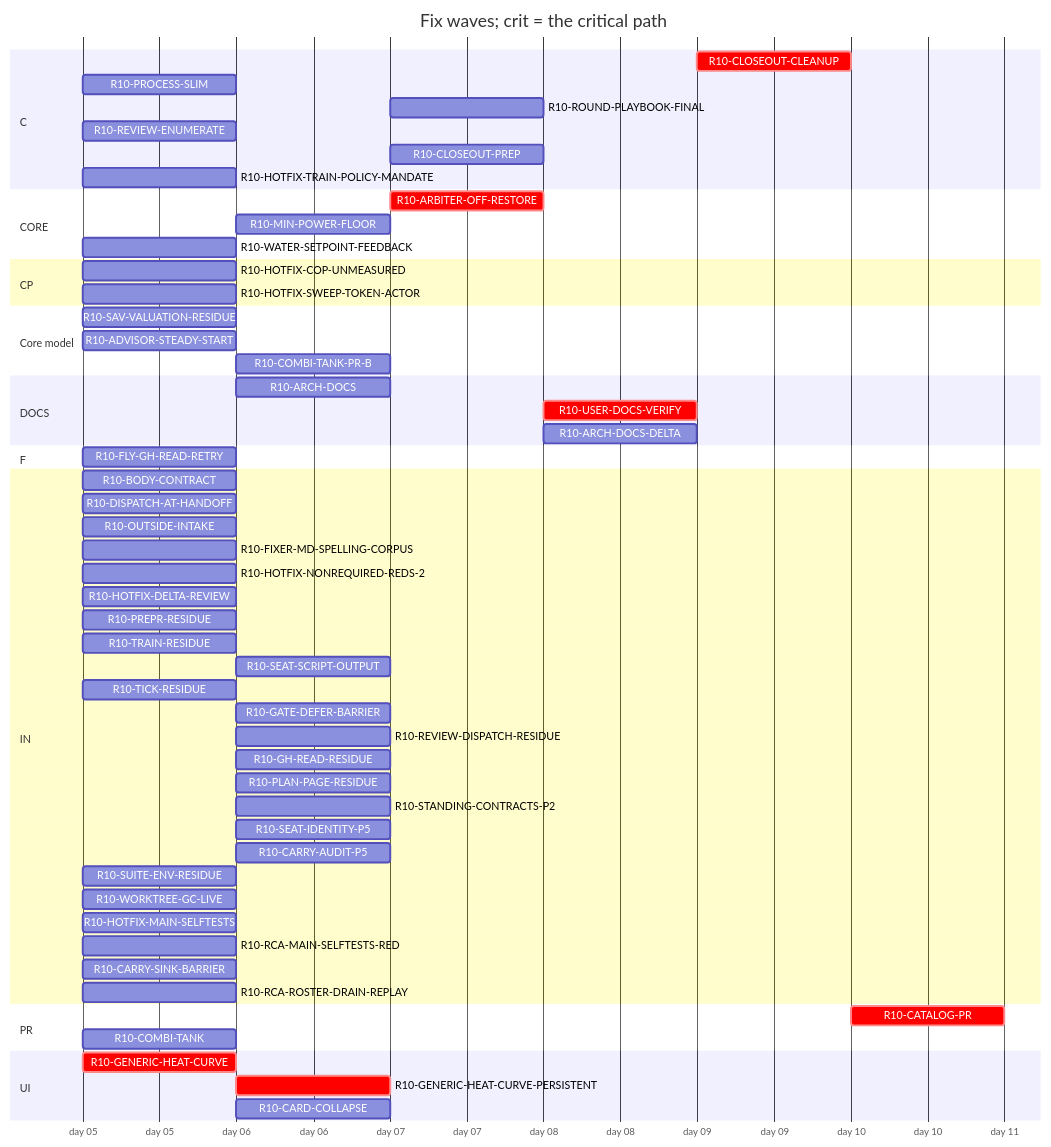
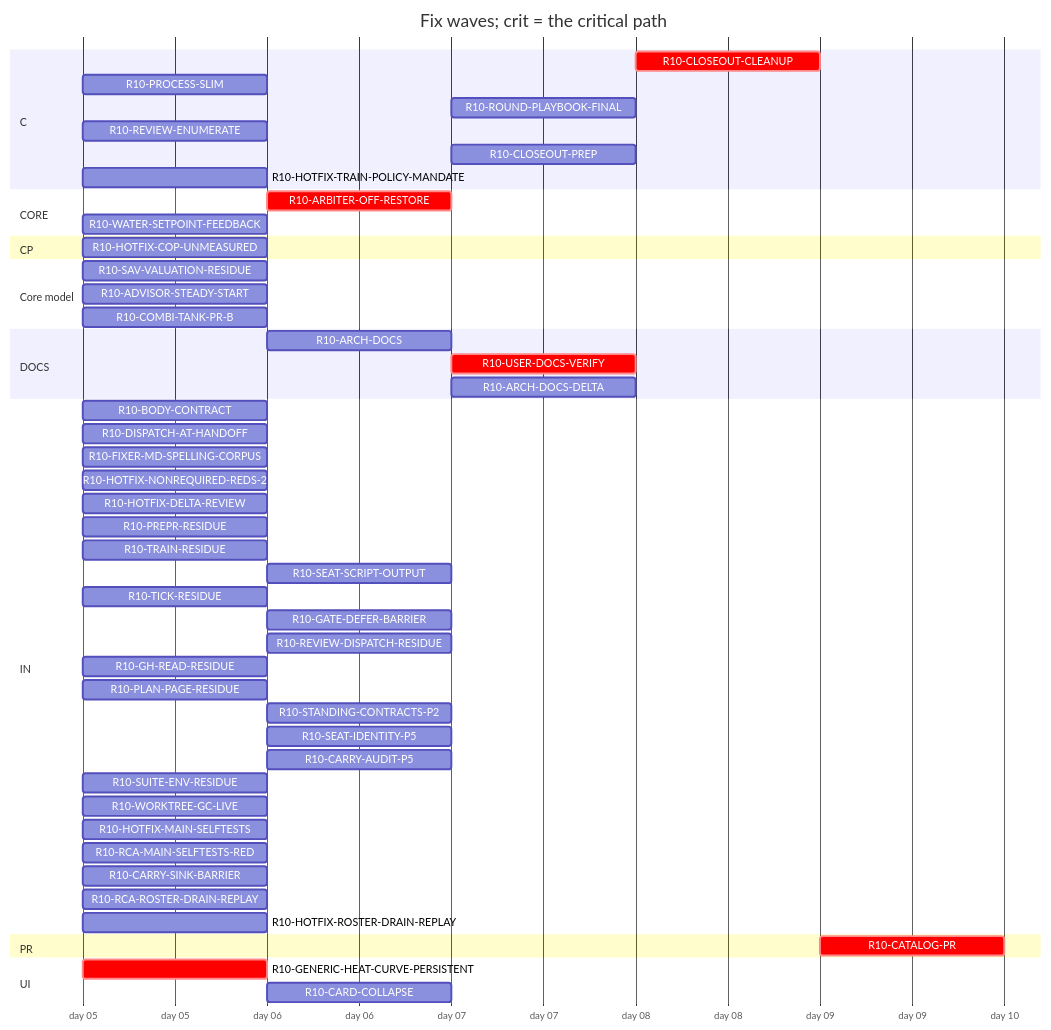
Before and after one commit to tvofi/heatpump_optimizer: the diagram in handoff/round10/state/PLAN-TABLE.md, drawn with Mermaid. The commit also changed other lines of this file and 4 other files, not shown here.

Commit message:
state: FLOW-BOARD.md, NEXT-SESSION-PROMPT.md, PLAN-TABLE.md, PLAN.html, RESUME-CURRENT.md regenerated (state_docs.py)

````diff
--- a/handoff/round10/state/PLAN-TABLE.md
+++ b/handoff/round10/state/PLAN-TABLE.md
@@ -22,61 +21,55 @@
 ```mermaid
 gantt
   title Fix waves; crit = the critical path
   dateFormat YYYY-MM-DD
   axisFormat day %d
   section C
     R10-CLOSEOUT-CLEANUP :crit, r10CLOSEOUTCLEANUP, after r10ARCHDOCS r10USERDOCSVERIFY r10ROUNDPLAYBOOKFINAL r10CLOSEOUTPREP r10ARCHDOCSDELTA, 1d
     R10-PROCESS-SLIM :r10PROCESSSLIM, 2026-01-05, 1d
-    R10-ROUND-PLAYBOOK-FINAL :r10ROUNDPLAYBOOKFINAL, after r10DISPATCHATHANDOFF r10BODYCONTRACT r10FLYGHREADRETRY r10PROCESSSLIM r10OUTSIDEINTAKE r10FIXERMDSPELLINGCORPUS r10PREPRRESIDUE r10SEATSCRIPTOUTPUT r10REVIEWDISPATCHRESIDUE r10CARRYAUDITP5 r10TICKRESIDUE r10SEATIDENTITYP5 r10STANDINGCONTRACTSP2 r10PLANPAGERESIDUE r10TRAINRESIDUE r10GHREADRESIDUE r10SUITEENVRESIDUE r10GATEDEFERBARRIER r10WORKTREEGCLIVE, 1d
+    R10-ROUND-PLAYBOOK-FINAL :r10ROUNDPLAYBOOKFINAL, after r10DISPATCHATHANDOFF r10BODYCONTRACT r10PROCESSSLIM r10FIXERMDSPELLINGCORPUS r10PREPRRESIDUE r10SEATSCRIPTOUTPUT r10REVIEWDISPATCHRESIDUE r10CARRYAUDITP5 r10TICKRESIDUE r10SEATIDENTITYP5 r10STANDINGCONTRACTSP2 r10PLANPAGERESIDUE r10TRAINRESIDUE r10GHREADRESIDUE r10SUITEENVRESIDUE r10GATEDEFERBARRIER r10WORKTREEGCLIVE, 1d
     R10-REVIEW-ENUMERATE :r10REVIEWENUMERATE, 2026-01-05, 1d
-    R10-CLOSEOUT-PREP :r10CLOSEOUTPREP, after r10ARCHDOCS r10DISPATCHATHANDOFF r10BODYCONTRACT r10FLYGHREADRETRY r10PROCESSSLIM r10OUTSIDEINTAKE r10FIXERMDSPELLINGCORPUS r10PREPRRESIDUE r10SEATSCRIPTOUTPUT r10REVIEWDISPATCHRESIDUE r10CARRYAUDITP5 r10TICKRESIDUE r10SEATIDENTITYP5 r10STANDINGCONTRACTSP2 r10PLANPAGERESIDUE r10TRAINRESIDUE r10GHREADRESIDUE r10SUITEENVRESIDUE r10GATEDEFERBARRIER r10WORKTREEGCLIVE, 1d
+    R10-CLOSEOUT-PREP :r10CLOSEOUTPREP, after r10ARCHDOCS r10DISPATCHATHANDOFF r10BODYCONTRACT r10PROCESSSLIM r10FIXERMDSPELLINGCORPUS r10PREPRRESIDUE r10SEATSCRIPTOUTPUT r10REVIEWDISPATCHRESIDUE r10CARRYAUDITP5 r10TICKRESIDUE r10SEATIDENTITYP5 r10STANDINGCONTRACTSP2 r10PLANPAGERESIDUE r10TRAINRESIDUE r10GHREADRESIDUE r10SUITEENVRESIDUE r10GATEDEFERBARRIER r10WORKTREEGCLIVE, 1d
     R10-HOTFIX-TRAIN-POLICY-MANDATE :r10HOTFIXTRAINPOLICYMANDATE, 2026-01-05, 1d
   section CORE
-    R10-ARBITER-OFF-RESTORE :crit, r10ARBITEROFFRESTORE, after r10GENERICHEATCURVE r10GENERICHEATCURVEPERSISTENT r10WATERSETPOINTFEEDBACK, 1d
-    R10-MIN-POWER-FLOOR :r10MINPOWERFLOOR, after r10HOTFIXCOPUNMEASURED r10GENERICHEATCURVE, 1d
+    R10-ARBITER-OFF-RESTORE :crit, r10ARBITEROFFRESTORE, after r10GENERICHEATCURVEPERSISTENT r10WATERSETPOINTFEEDBACK, 1d
     R10-WATER-SETPOINT-FEEDBACK :r10WATERSETPOINTFEEDBACK, 2026-01-05, 1d
   section CP
     R10-HOTFIX-COP-UNMEASURED :r10HOTFIXCOPUNMEASURED, 2026-01-05, 1d
-    R10-HOTFIX-SWEEP-TOKEN-ACTOR :r10HOTFIXSWEEPTOKENACTOR, 2026-01-05, 1d
   section Core model
     R10-SAV-VALUATION-RESIDUE :r10SAVVALUATIONRESIDUE, 2026-01-05, 1d
     R10-ADVISOR-STEADY-START :r10ADVISORSTEADYSTART, 2026-01-05, 1d
-    R10-COMBI-TANK-PR-B :r10COMBITANKPRB, after r10COMBITANK, 1d
+    R10-COMBI-TANK-PR-B :r10COMBITANKPRB, 2026-01-05, 1d
   section DOCS
-    R10-ARCH-DOCS :r10ARCHDOCS, after r10DISPATCHATHANDOFF r10BODYCONTRACT r10FLYGHREADRETRY r10PROCESSSLIM r10OUTSIDEINTAKE, 1d
-    R10-USER-DOCS-VERIFY :crit, r10USERDOCSVERIFY, after r10HOTFIXCOPUNMEASURED r10GENERICHEATCURVE r10GENERICHEATCURVEPERSISTENT r10ARBITEROFFRESTORE r10COMBITANK r10MINPOWERFLOOR, 1d
-    R10-ARCH-DOCS-DELTA :r10ARCHDOCSDELTA, after r10ARCHDOCS r10HOTFIXCOPUNMEASURED r10GENERICHEATCURVE r10GENERICHEATCURVEPERSISTENT r10ARBITEROFFRESTORE r10COMBITANK r10MINPOWERFLOOR r10SAVVALUATIONRESIDUE r10ADVISORSTEADYSTART r10COMBITANKPRB, 1d
-  section F
-    R10-FLY-GH-READ-RETRY :r10FLYGHREADRETRY, 2026-01-05, 1d
+    R10-ARCH-DOCS :r10ARCHDOCS, after r10DISPATCHATHANDOFF r10BODYCONTRACT r10PROCESSSLIM, 1d
+    R10-USER-DOCS-VERIFY :crit, r10USERDOCSVERIFY, after r10HOTFIXCOPUNMEASURED r10GENERICHEATCURVEPERSISTENT r10ARBITEROFFRESTORE, 1d
+    R10-ARCH-DOCS-DELTA :r10ARCHDOCSDELTA, after r10ARCHDOCS r10HOTFIXCOPUNMEASURED r10GENERICHEATCURVEPERSISTENT r10ARBITEROFFRESTORE r10SAVVALUATIONRESIDUE r10ADVISORSTEADYSTART r10COMBITANKPRB, 1d
   section IN
     R10-BODY-CONTRACT :r10BODYCONTRACT, 2026-01-05, 1d
     R10-DISPATCH-AT-HANDOFF :r10DISPATCHATHANDOFF, 2026-01-05, 1d
-    R10-OUTSIDE-INTAKE :r10OUTSIDEINTAKE, 2026-01-05, 1d
     R10-FIXER-MD-SPELLING-CORPUS :r10FIXERMDSPELLINGCORPUS, 2026-01-05, 1d
     R10-HOTFIX-NONREQUIRED-REDS-2 :r10HOTFIXNONREQUIREDREDS2, 2026-01-05, 1d
     R10-HOTFIX-DELTA-REVIEW :r10HOTFIXDELTAREVIEW, 2026-01-05, 1d
     R10-PREPR-RESIDUE :r10PREPRRESIDUE, 2026-01-05, 1d
     R10-TRAIN-RESIDUE :r10TRAINRESIDUE, 2026-01-05, 1d
     R10-SEAT-SCRIPT-OUTPUT :r10SEATSCRIPTOUTPUT, after r10TRAINRESIDUE, 1d
     R10-TICK-RESIDUE :r10TICKRESIDUE, 2026-01-05, 1d
     R10-GATE-DEFER-BARRIER :r10GATEDEFERBARRIER, after r10TRAINRESIDUE r10TICKRESIDUE, 1d
     R10-REVIEW-DISPATCH-RESIDUE :r10REVIEWDISPATCHRESIDUE, after r10DISPATCHATHANDOFF r10REVIEWENUMERATE r10HOTFIXDELTAREVIEW r10PROCESSSLIM, 1d
-    R10-GH-READ-RESIDUE :r10GHREADRESIDUE, after r10FLYGHREADRETRY, 1d
-    R10-PLAN-PAGE-RESIDUE :r10PLANPAGERESIDUE, after r10OUTSIDEINTAKE, 1d
+    R10-GH-READ-RESIDUE :r10GHREADRESIDUE, 2026-01-05, 1d
+    R10-PLAN-PAGE-RESIDUE :r10PLANPAGERESIDUE, 2026-01-05, 1d
     R10-STANDING-CONTRACTS-P2 :r10STANDINGCONTRACTSP2, after r10FIXERMDSPELLINGCORPUS, 1d
     R10-SEAT-IDENTITY-P5 :r10SEATIDENTITYP5, after r10TICKRESIDUE, 1d
     R10-CARRY-AUDIT-P5 :r10CARRYAUDITP5, after r10BODYCONTRACT, 1d
     R10-SUITE-ENV-RESIDUE :r10SUITEENVRESIDUE, 2026-01-05, 1d
     R10-WORKTREE-GC-LIVE :r10WORKTREEGCLIVE, 2026-01-05, 1d
     R10-HOTFIX-MAIN-SELFTESTS :r10HOTFIXMAINSELFTESTS, 2026-01-05, 1d
     R10-RCA-MAIN-SELFTESTS-RED :r10RCAMAINSELFTESTSRED, 2026-01-05, 1d
     R10-CARRY-SINK-BARRIER :r10CARRYSINKBARRIER, 2026-01-05, 1d
     R10-RCA-ROSTER-DRAIN-REPLAY :r10RCAROSTERDRAINREPLAY, 2026-01-05, 1d
+    R10-HOTFIX-ROSTER-DRAIN-REPLAY :r10HOTFIXROSTERDRAINREPLAY, 2026-01-05, 1d
   section PR
     R10-CATALOG-PR :crit, r10CATALOGPR, after r10USERDOCSVERIFY r10ARCHDOCS r10ROUNDPLAYBOOKFINAL r10CLOSEOUTCLEANUP r10CLOSEOUTPREP r10ARCHDOCSDELTA, 1d
-    R10-COMBI-TANK :r10COMBITANK, 2026-01-05, 1d
   section UI
-    R10-GENERIC-HEAT-CURVE :crit, r10GENERICHEATCURVE, 2026-01-05, 1d
-    R10-GENERIC-HEAT-CURVE-PERSISTENT :crit, r10GENERICHEATCURVEPERSISTENT, after r10GENERICHEATCURVE, 1d
+    R10-GENERIC-HEAT-CURVE-PERSISTENT :crit, r10GENERICHEATCURVEPERSISTENT, 2026-01-05, 1d
     R10-CARD-COLLAPSE :r10CARDCOLLAPSE, after r10HOTFIXCOPUNMEASURED, 1d
 ```
````
